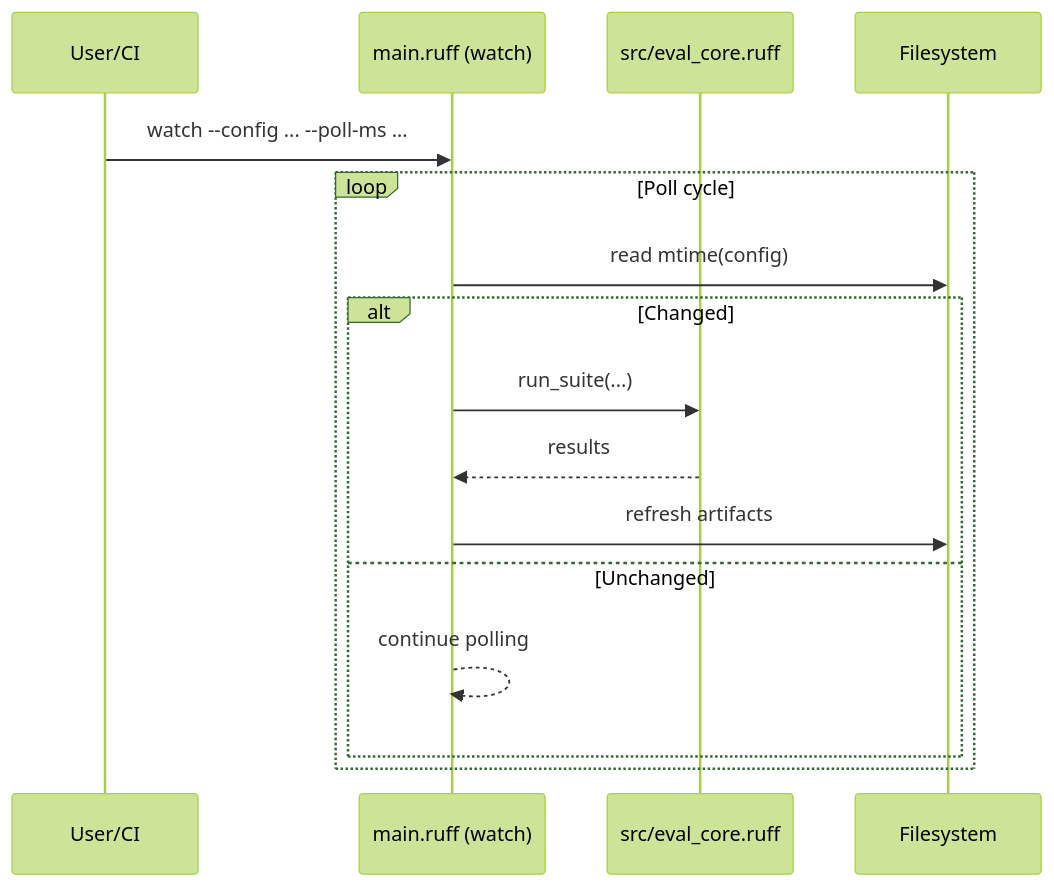
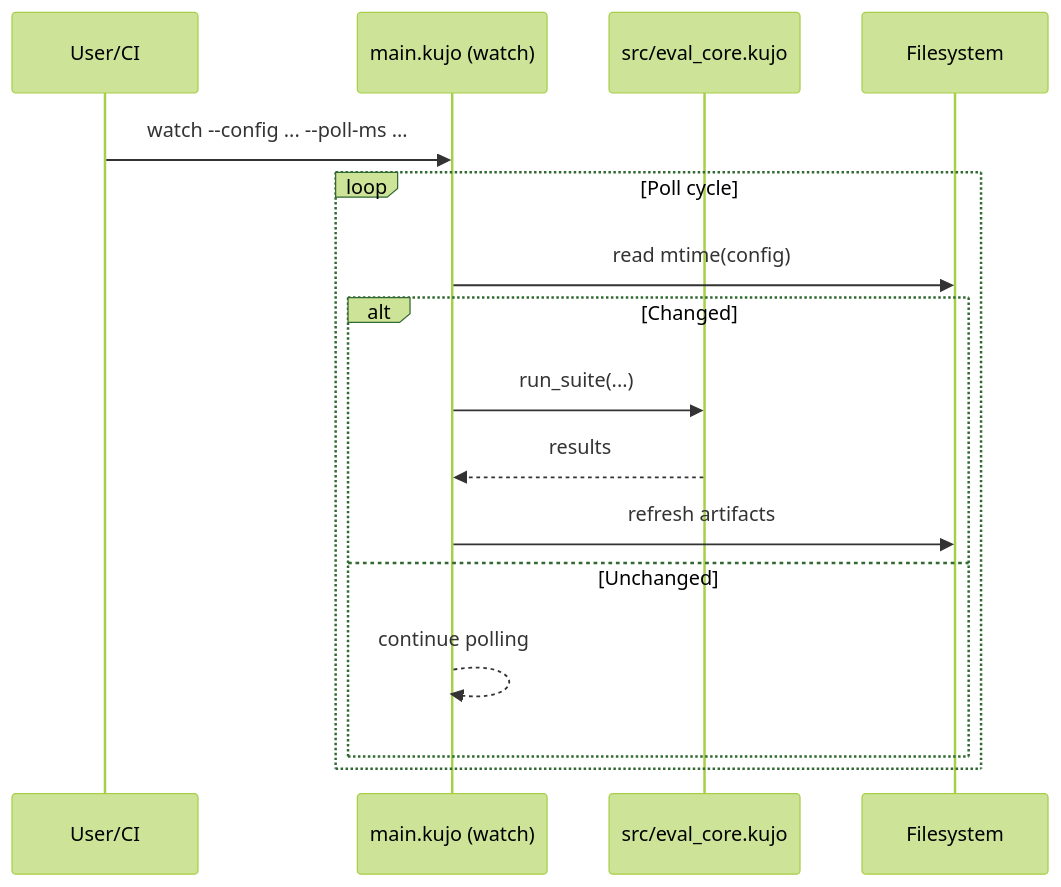
Before and after one commit to kujolang/dispatch: the third of 3 diagrams in docs/ARCHITECTURE.md, drawn with Mermaid (forest theme). The commit also changed other lines of this file and 62 other files, not shown here.

````diff
--- a/docs/ARCHITECTURE.md
+++ b/docs/ARCHITECTURE.md
@@ -97,19 +97,19 @@
 ```mermaid
 sequenceDiagram
     participant User as User/CI
-    participant Watch as main.ruff (watch)
-    participant Core as src/eval_core.ruff
+    participant Watch as main.kujo (watch)
+    participant Core as src/eval_core.kujo
     participant FS as Filesystem
 
     User->>Watch: watch --config ... --poll-ms ...
     loop Poll cycle
         Watch->>FS: read mtime(config)
         alt Changed
             Watch->>Core: run_suite(...)
             Core-->>Watch: results
             Watch->>FS: refresh artifacts
         else Unchanged
             Watch-->>Watch: continue polling
         end
     end
 ```
````
